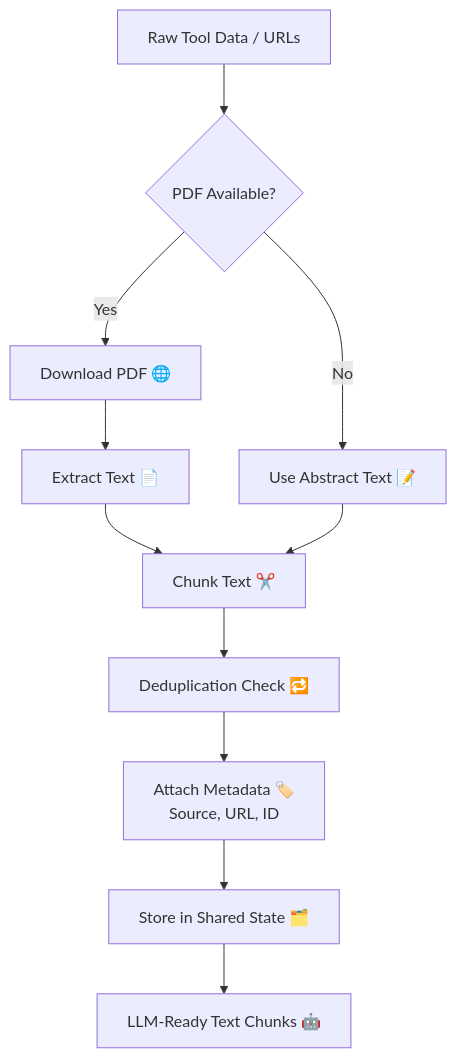
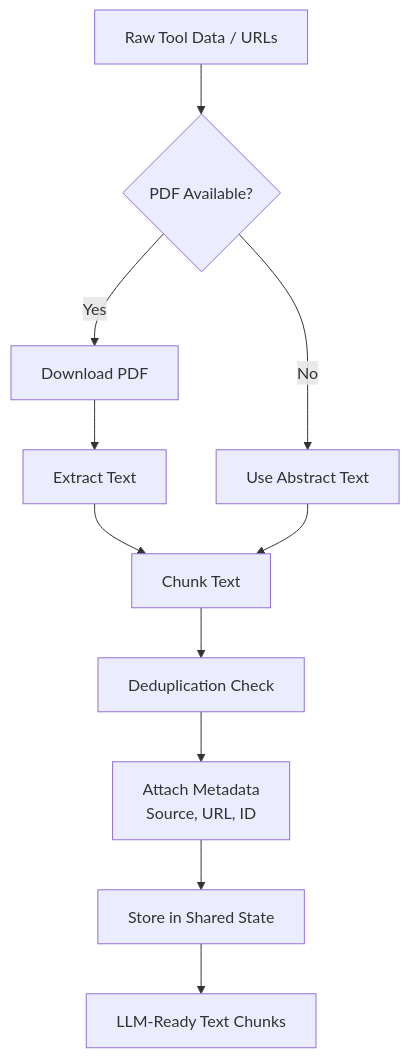
One commit to abhisakh/ResearchLLM_MultiAgent_LangGraph_RagGraph_Gemini changed diagram 16 of 30 in README.md. Above: the diagram before and after it, drawn with Mermaid. The commit also changed other lines of this file, not shown here.

````diff
--- a/README.md
+++ b/README.md
@@ -3243,18 +3243,18 @@
 ```mermaid
 flowchart TD
     A[Raw Tool Data / URLs] --> B{PDF Available?}
 
-    B -- Yes --> C[Download PDF 🌐]
-    C --> D[Extract Text 📄]
-    D --> E[Chunk Text ✂️]
+    B -- Yes --> C[Download PDF]
+    C --> D[Extract Text]
+    D --> E[Chunk Text]
 
-    B -- No --> F[Use Abstract Text 📝]
+    B -- No --> F[Use Abstract Text]
     F --> E
 
-    E --> G[Deduplication Check 🔁]
-    G --> H[Attach Metadata 🏷️<br/> Source, URL, ID]
-    H --> I[Store in Shared State 🗂️]
+    E --> G[Deduplication Check]
+    G --> H[Attach Metadata<br/> Source, URL, ID]
+    H --> I[Store in Shared State]
 
-    I --> J[LLM-Ready Text Chunks 🤖]
+    I --> J[LLM-Ready Text Chunks]
 
 ```
````
